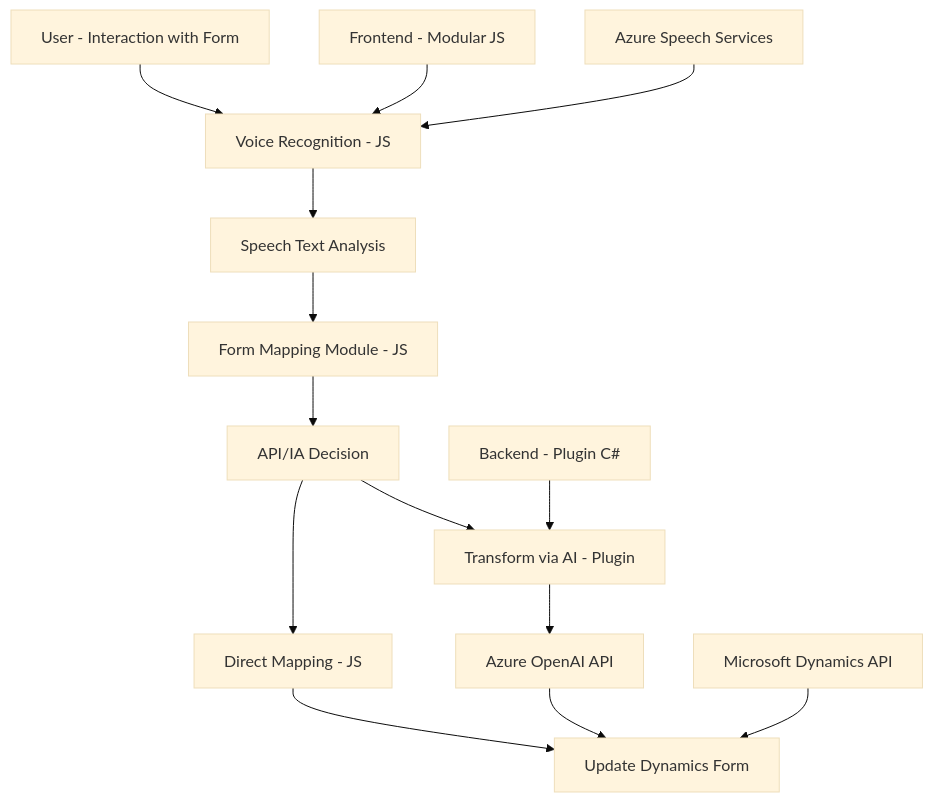
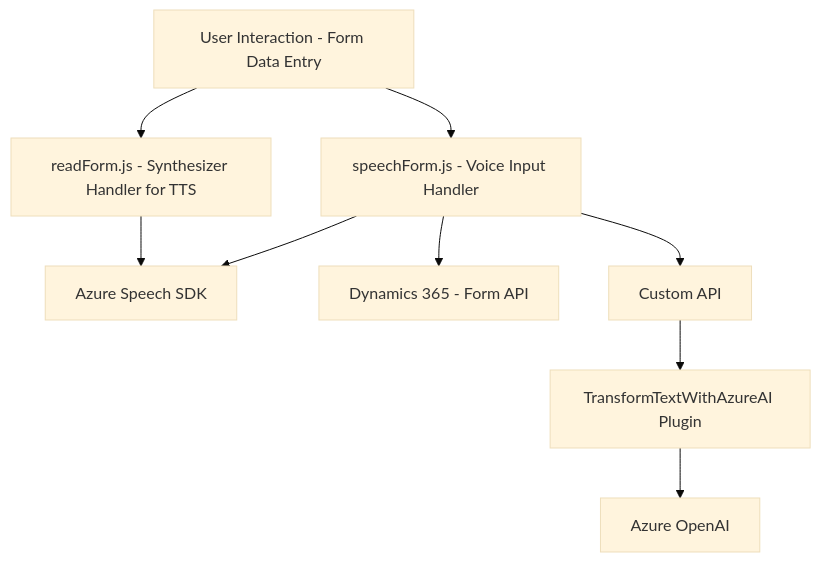
Before and after one commit to blopezdm/NETCORE_BILBAO2025: the diagram in README.md, drawn with Mermaid (base theme). The commit also changed other lines of this file, not shown here.

````diff
--- a/README.md
+++ b/README.md
@@ -45,16 +31,20 @@
 ```mermaid
 graph TD
-  A[User - Interaction with Form] --> B[Voice Recognition - JS]
-  B --> C["Speech Text Analysis"]
-  C --> D[Form Mapping Module - JS]
-  D --> E[API/IA Decision]
-  E --> F["Direct Mapping - JS"]
-  E --> G[Transform via AI - Plugin]
-  G --> H[Azure OpenAI API]
-  F --> I[Update Dynamics Form]
-  H --> I[Update Dynamics Form]
-  J[Frontend - Modular JS] --> B
-  K[Backend - Plugin C#] --> G
-  L[Azure Speech Services] --> B
-  M[Microsoft Dynamics API] --> I
+    A["User Interaction - Form Data Entry"]
+    B["readForm.js - Synthesizer Handler for TTS"]
+    C["Azure Speech SDK"]
+    D["Dynamics 365 - Form API"]
+    E["speechForm.js - Voice Input Handler"]
+    F["Custom API"]
+    G["TransformTextWithAzureAI Plugin"]
+    H["Azure OpenAI"]
+
+    A --> B
+    A --> E
+    B --> C
+    E --> C
+    E --> D
+    E --> F
+    F --> G
+    G --> H
 ```
````
